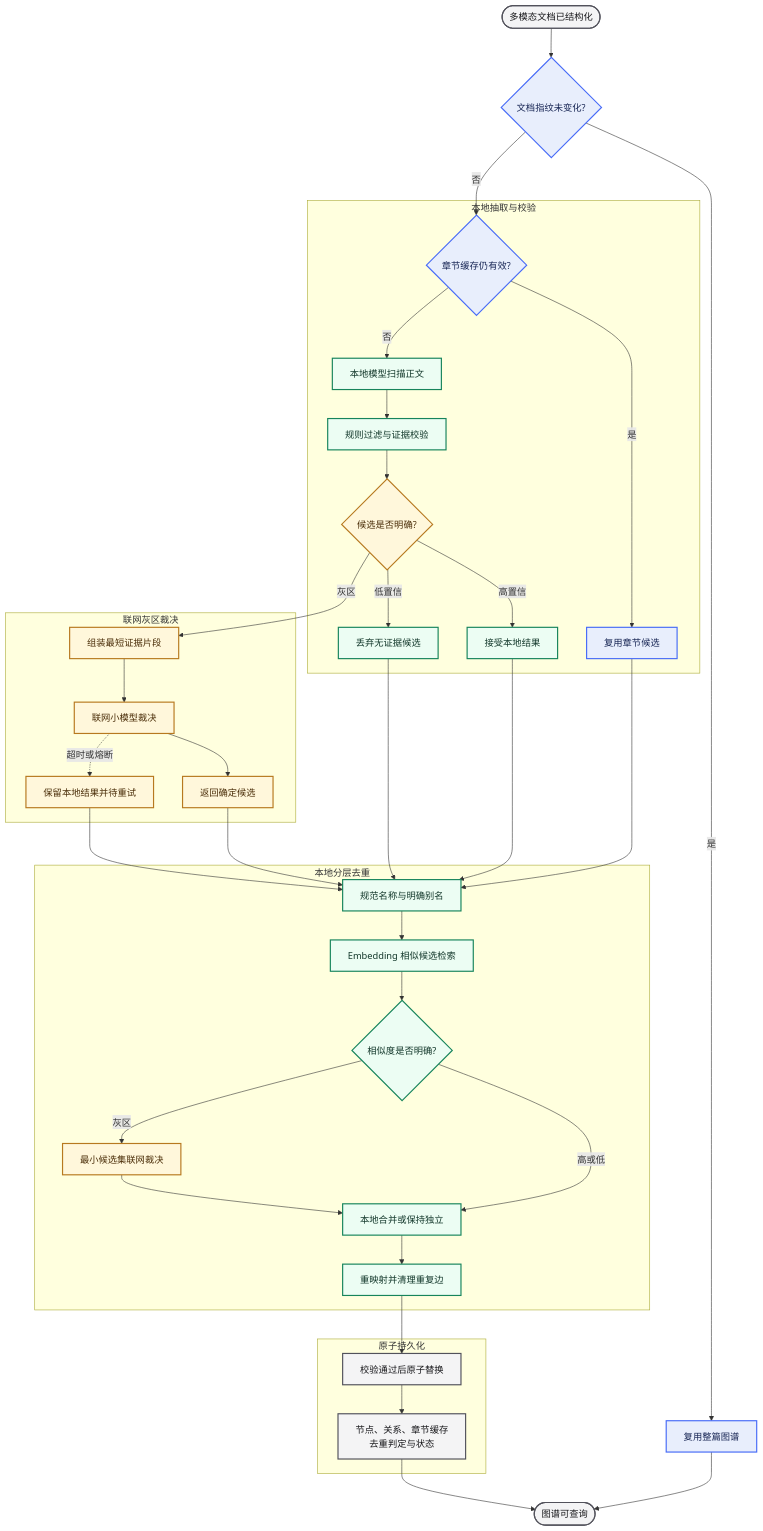
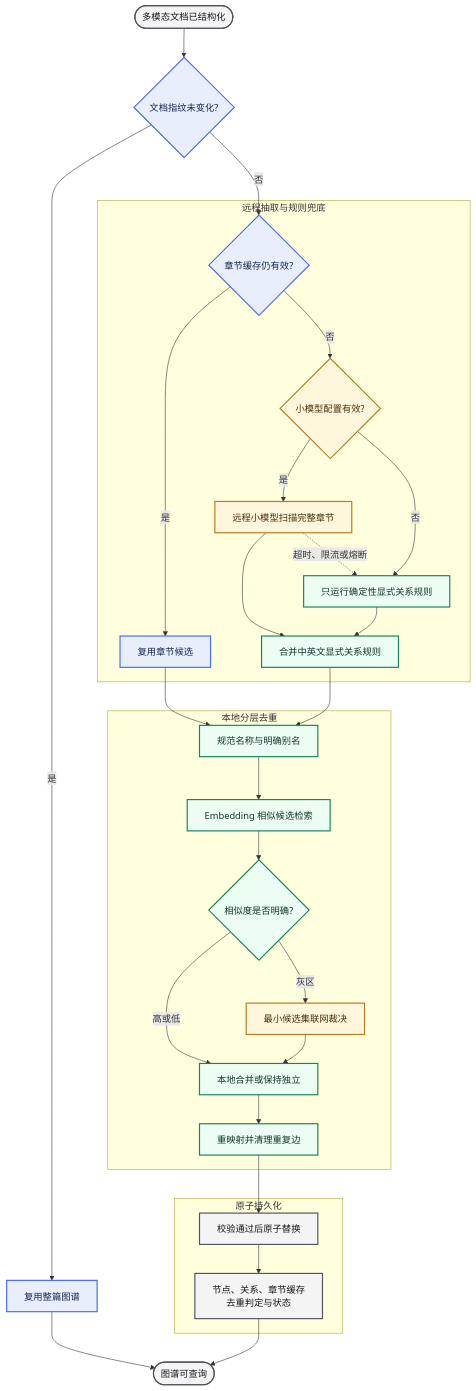
Diagram 23 of 25 in docs/WORKFLOW.md (xiao-Huahuo/MetaWeave), drawn with Mermaid before and after one commit. The commit also changed other lines of this file and 131 other files, not shown here.

````diff
--- a/docs/WORKFLOW.md
+++ b/docs/WORKFLOW.md
@@ -588,58 +587,49 @@
 ```mermaid
 flowchart TB
-    accTitle: 本地优先的增量图谱抽取
-    accDescr: 文档先按文档和章节哈希复用已有结果，变化章节由本地模型抽取，仅将无法确定的最小证据片段交给联网模型裁决，最后本地去重并原子写入数据库。
+    accTitle: 远程小模型与确定性规则组合的增量图谱抽取
+    accDescr: 文档先按文档和章节哈希复用已有结果，变化章节由远程小模型抽取全文并合并确定性关系规则，远程失败时保留规则结果，最后本地去重并原子写入数据库。
 
     start(["多模态文档已结构化"]) --> document_cache{"文档指纹未变化?"}
     document_cache -->|"是"| reuse_document["复用整篇图谱"]
     document_cache -->|"否"| section_cache{"章节缓存仍有效?"}
 
-    subgraph local_extract ["本地抽取与校验"]
+    subgraph extraction ["远程抽取与规则兜底"]
         section_cache -->|"是"| reuse_section["复用章节候选"]
-        section_cache -->|"否"| local_scan["本地模型扫描正文"]
-        local_scan --> local_rules["规则过滤与证据校验"]
-        local_rules --> confidence_route{"候选是否明确?"}
-        confidence_route -->|"高置信"| accepted_local["接受本地结果"]
-        confidence_route -->|"低置信"| discard_candidate["丢弃无证据候选"]
-    end
-
-    subgraph remote_judge ["联网灰区裁决"]
-        confidence_route -->|"灰区"| minimal_context["组装最短证据片段"]
-        minimal_context --> remote_model["联网小模型裁决"]
-        remote_model --> accepted_remote["返回确定候选"]
-        remote_model -.->|"超时或熔断"| pending_retry["保留本地结果并待重试"]
+        section_cache -->|"否"| model_available{"小模型配置有效?"}
+        model_available -->|"是"| remote_extract["远程小模型扫描完整章节"]
+        model_available -->|"否"| rules_only["只运行确定性显式关系规则"]
+        remote_extract --> merge_rules["合并中英文显式关系规则"]
+        remote_extract -.->|"超时、限流或熔断"| rules_only
+        rules_only --> merge_rules
     end
 
     subgraph local_dedup ["本地分层去重"]
         reuse_section --> normalize_entities["规范名称与明确别名"]
-        accepted_local --> normalize_entities
-        accepted_remote --> normalize_entities
-        pending_retry --> normalize_entities
+        merge_rules --> normalize_entities
         normalize_entities --> embedding_match["Embedding 相似候选检索"]
         embedding_match --> dedup_route{"相似度是否明确?"}
         dedup_route -->|"高或低"| remap_edges["本地合并或保持独立"]
         dedup_route -->|"灰区"| dedup_remote["最小候选集联网裁决"]
         dedup_remote --> remap_edges
         remap_edges --> clean_edges["重映射并清理重复边"]
     end
 
     subgraph persistence ["原子持久化"]
         clean_edges --> commit_graph["校验通过后原子替换"]
         commit_graph --> graph_tables["节点、关系、章节缓存<br/>去重判定与状态"]
     end
 
     reuse_document --> done(["图谱可查询"])
-    discard_candidate --> normalize_entities
     graph_tables --> done
 
     classDef cache fill:#e8eefc,stroke:#476bf7,stroke-width:2px,color:#172554
-    classDef local fill:#ecfdf3,stroke:#16845b,stroke-width:2px,color:#12372a
+    classDef rules fill:#ecfdf3,stroke:#16845b,stroke-width:2px,color:#12372a
     classDef remote fill:#fff7db,stroke:#b7791f,stroke-width:2px,color:#4a2d08
     classDef result fill:#f4f4f5,stroke:#52525b,stroke-width:2px,color:#18181b
 
     class document_cache,section_cache,reuse_document,reuse_section cache
-    class local_scan,local_rules,accepted_local,discard_candidate,normalize_entities,embedding_match,dedup_route,remap_edges,clean_edges local
-    class confidence_route,minimal_context,remote_model,accepted_remote,pending_retry,dedup_remote remote
+    class rules_only,merge_rules,normalize_entities,embedding_match,dedup_route,remap_edges,clean_edges rules
+    class model_available,remote_extract,dedup_remote remote
     class start,commit_graph,graph_tables,done result
 
 ```
````
